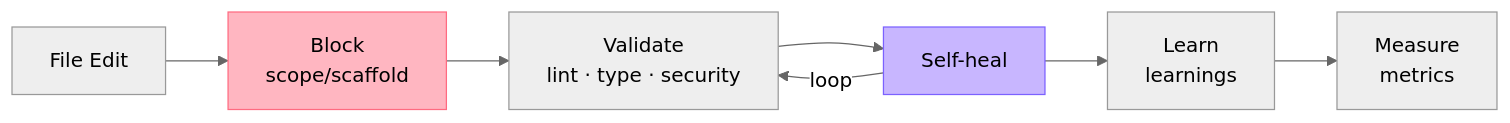
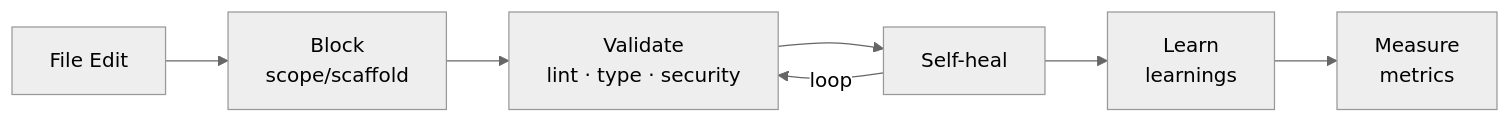
One commit to kim-dongho/agent-harness-starter changed the diagram in README.md. Above: the diagram before and after it, drawn with Mermaid (neutral theme). The commit also changed 1 other file, not shown here.

Commit message:
fix(docs): Mermaid 다이어그램 배경색 제거 — 다크모드 가독성 개선

````diff
--- a/README.md
+++ b/README.md
@@ -26,12 +26,9 @@
 ```mermaid
 graph LR
     A[File Edit] --> B[Block<br/>scope/scaffold]
     B --> C[Validate<br/>lint · type · security]
     C --> D[Self-heal]
     D --> E[Learn<br/>learnings]
     E --> F[Measure<br/>metrics]
     D -->|loop| C
-
-    style D fill:#c8b6ff,stroke:#7b61ff
-    style B fill:#ffb6c1,stroke:#ff6b81
 ```
````
